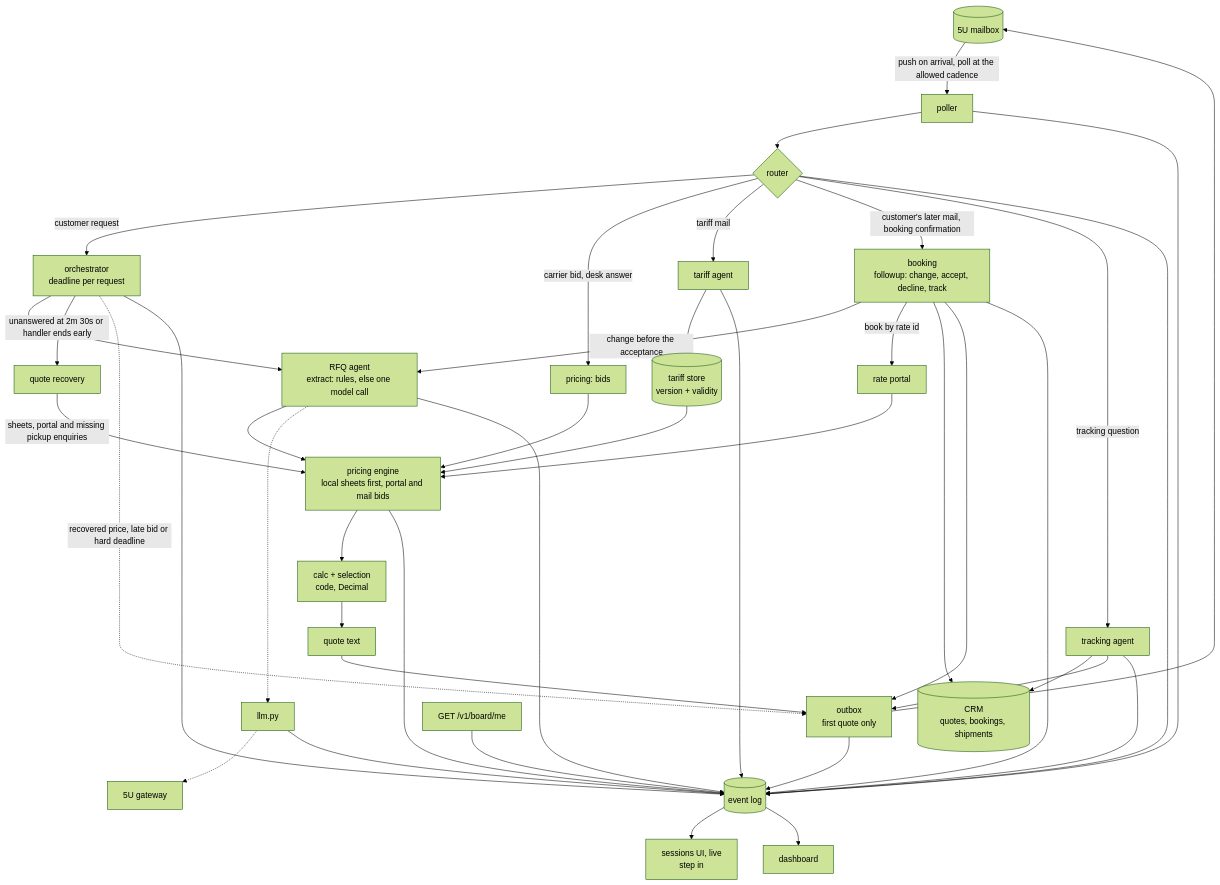
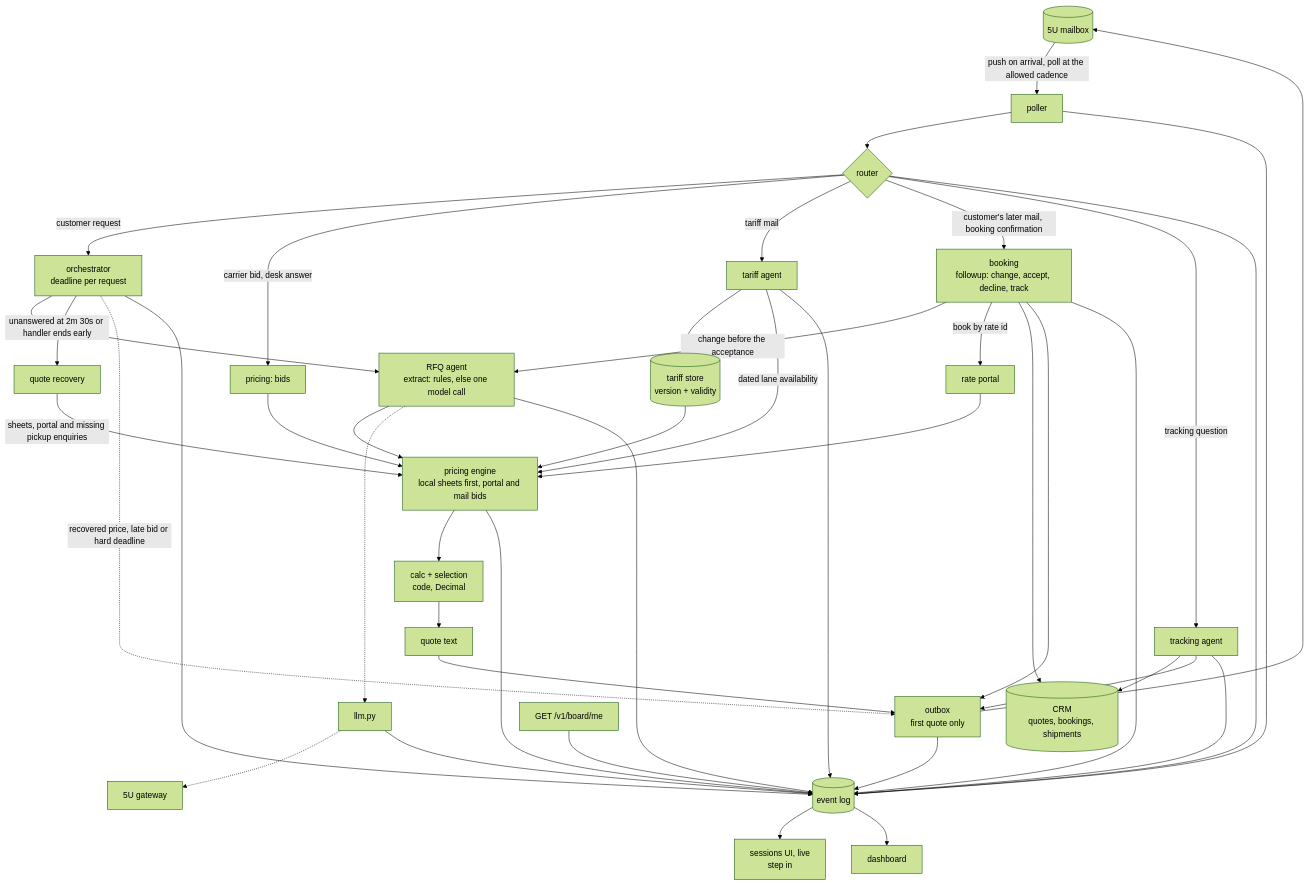
Before and after one commit to lucakammerer/pixel: the diagram in README.md, drawn with Mermaid (forest theme). The commit also changed 14 other files, not shown here.

````diff
--- a/README.md
+++ b/README.md
@@ -8,37 +8,38 @@
 ```mermaid
 flowchart TD
     MB[(5U mailbox)] -->|push on arrival, poll at the allowed cadence| P[poller]
     P --> R{router}
     R -->|customer request| O[orchestrator<br/>deadline per request]
     R -->|carrier bid, desk answer| BID[pricing: bids]
     R -->|tariff mail| T[tariff agent]
     R -->|customer's later mail, booking confirmation| BK[booking<br/>followup: change, accept, decline, track]
     BK -->|change before the acceptance| RFQ
     R -->|tracking question| TR[tracking agent]
 
     O --> RFQ[RFQ agent<br/>extract: rules, else one model call]
     RFQ --> ENG[pricing engine<br/>local sheets first, portal and mail bids]
     T --> ST[(tariff store<br/>version + validity)]
+    T -->|dated lane availability| ENG
     ST --> ENG
     PORTAL[rate portal] --> ENG
     BID --> ENG
     ENG --> SEL[calc + selection<br/>code, Decimal]
     SEL --> Q[quote text]
     Q --> OUT[outbox<br/>first quote only]
     O -->|unanswered at 2m 30s or handler ends early| REC[quote recovery]
     REC -->|sheets, portal and missing pickup enquiries| ENG
     O -.->|recovered price, late bid or hard deadline| OUT
     OUT --> MB
 
     BK -->|book by rate id| PORTAL
     BK --> CRM[(CRM<br/>quotes, bookings, shipments)]
     TR --> CRM
     TR --> OUT
     BK --> OUT
 
     RFQ -.-> LLM[llm.py] -.-> GW[5U gateway]
     P & R & O & RFQ & ENG & OUT & BK & TR & T & LLM --> EV[(event log)]
     EV --> UI[sessions UI, live<br/>step in]
     EV --> DASH[dashboard]
     BOARD["GET /v1/board/me"] --> EV
 ```
````
